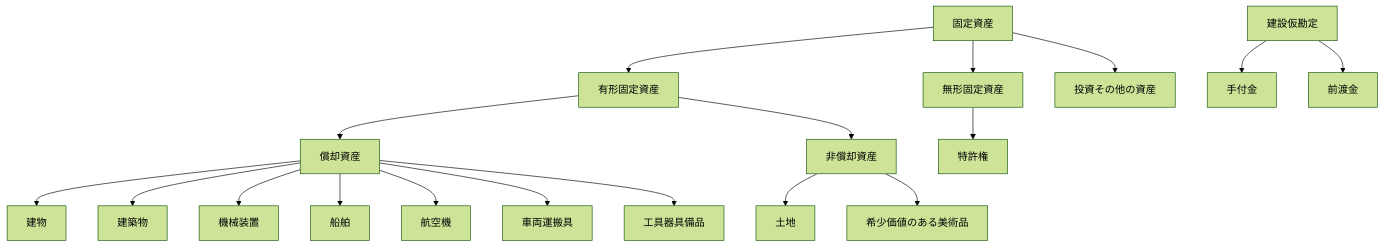
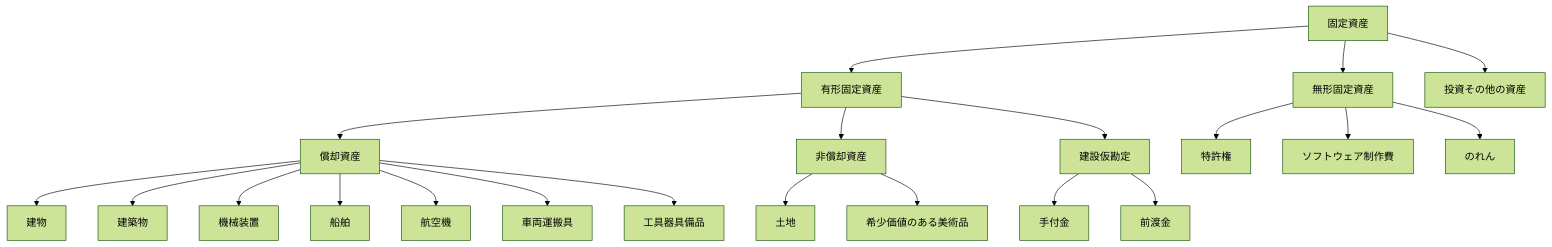
Before and after one commit to bebetakumi/mermaid: the diagram in 固定資産.md, drawn with Mermaid (forest theme).

````diff
--- a/固定資産.md
+++ b/固定資産.md
@@ -3,12 +3,14 @@
 ```mermaid
 graph TD
 
 固定資産 --> 有形固定資産 --> 償却資産
-固定資産 --> 無形固定資産 --> 特許権
+固定資産 --> 無形固定資産
 固定資産 --> 投資その他の資産
 有形固定資産 --> 非償却資産
+有形固定資産 --> 建設仮勘定
 償却資産 --> 建物 & 建築物 & 機械装置 & 船舶 & 航空機 & 車両運搬具 & 工具器具備品
 非償却資産 --> 土地 & 希少価値のある美術品
 建設仮勘定 --> 手付金 & 前渡金
+無形固定資産 --> 特許権 & ソフトウェア制作費 & のれん
 
 ```
````
